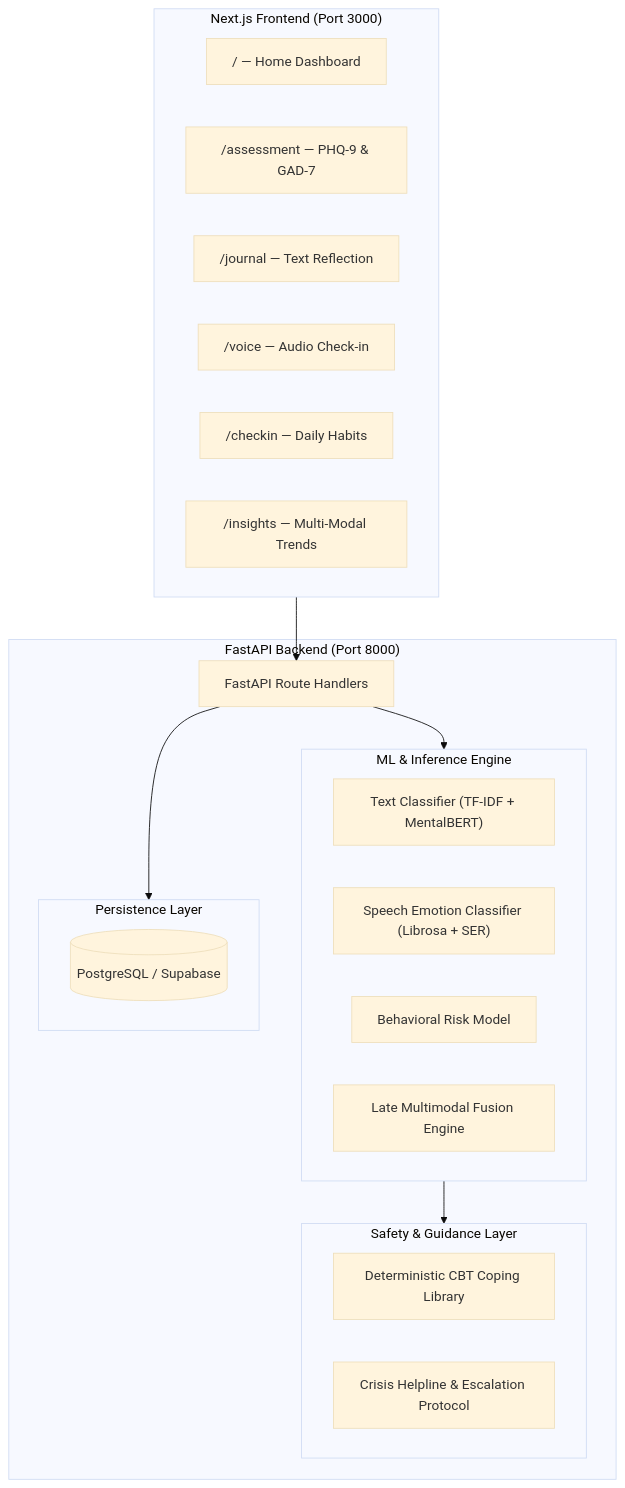
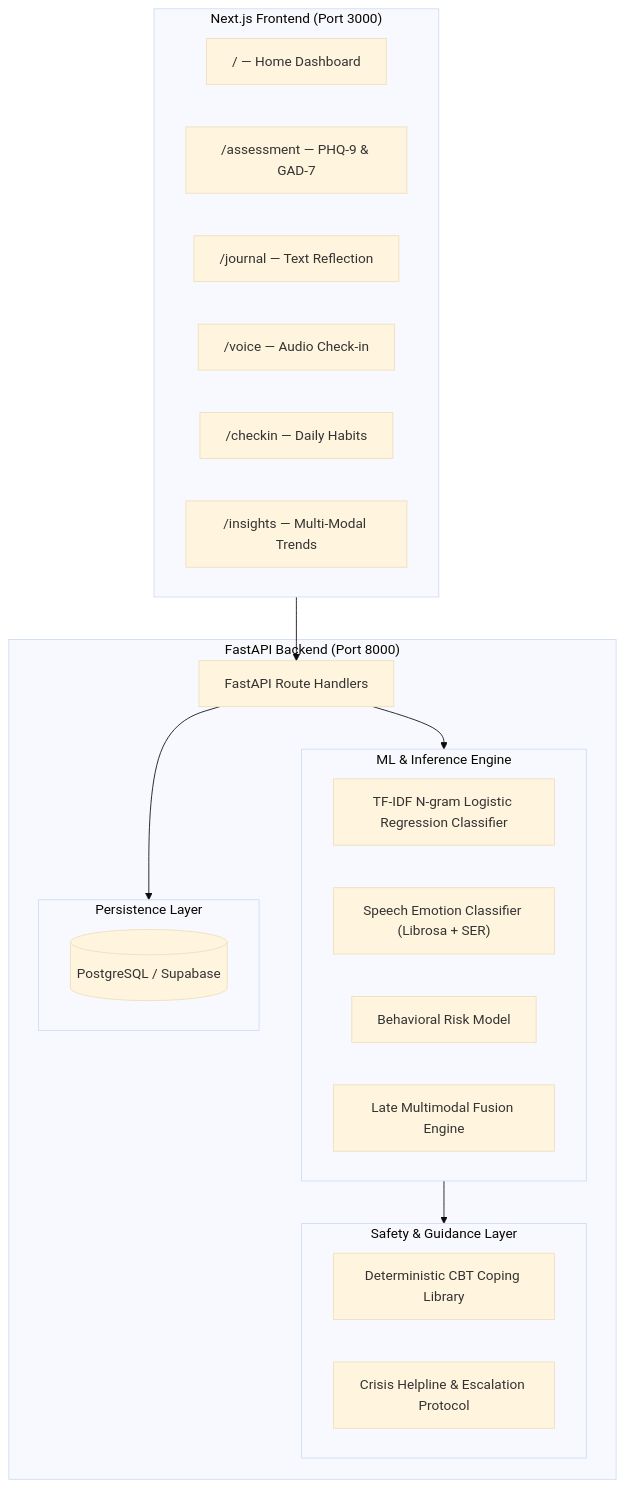
One commit to Dhruvone8/EmoCare changed the diagram in docs/PRODUCT_DOCUMENTATION.md. Above: the diagram before and after it, drawn with Mermaid (base theme). The commit also changed other lines of this file and 70 other files, not shown here.

````diff
--- a/docs/PRODUCT_DOCUMENTATION.md
+++ b/docs/PRODUCT_DOCUMENTATION.md
@@ -21,36 +21,36 @@
 ```mermaid
 flowchart TB
     subgraph Client["Next.js Frontend (Port 3000)"]
         UI_Home["/ — Home Dashboard"]
         UI_Assess["/assessment — PHQ-9 & GAD-7"]
         UI_Journal["/journal — Text Reflection"]
         UI_Voice["/voice — Audio Check-in"]
         UI_Checkin["/checkin — Daily Habits"]
         UI_Insights["/insights — Multi-Modal Trends"]
     end
 
     subgraph Backend["FastAPI Backend (Port 8000)"]
         Router["FastAPI Route Handlers"]
         
         subgraph Engine["ML & Inference Engine"]
-            TextModel["Text Classifier (TF-IDF + MentalBERT)"]
+            TextModel["TF-IDF N-gram Logistic Regression Classifier"]
             SpeechModel["Speech Emotion Classifier (Librosa + SER)"]
             BehaviorModel["Behavioral Risk Model"]
             FusionEngine["Late Multimodal Fusion Engine"]
         end
         
         subgraph Safety["Safety & Guidance Layer"]
             CBT["Deterministic CBT Coping Library"]
             Crisis["Crisis Helpline & Escalation Protocol"]
         end
         
         subgraph Data["Persistence Layer"]
             DB[(PostgreSQL / Supabase)]
         end
     end
 
     Client --> Router
     Router --> Engine
     Engine --> Safety
     Router --> Data
 ```
````
